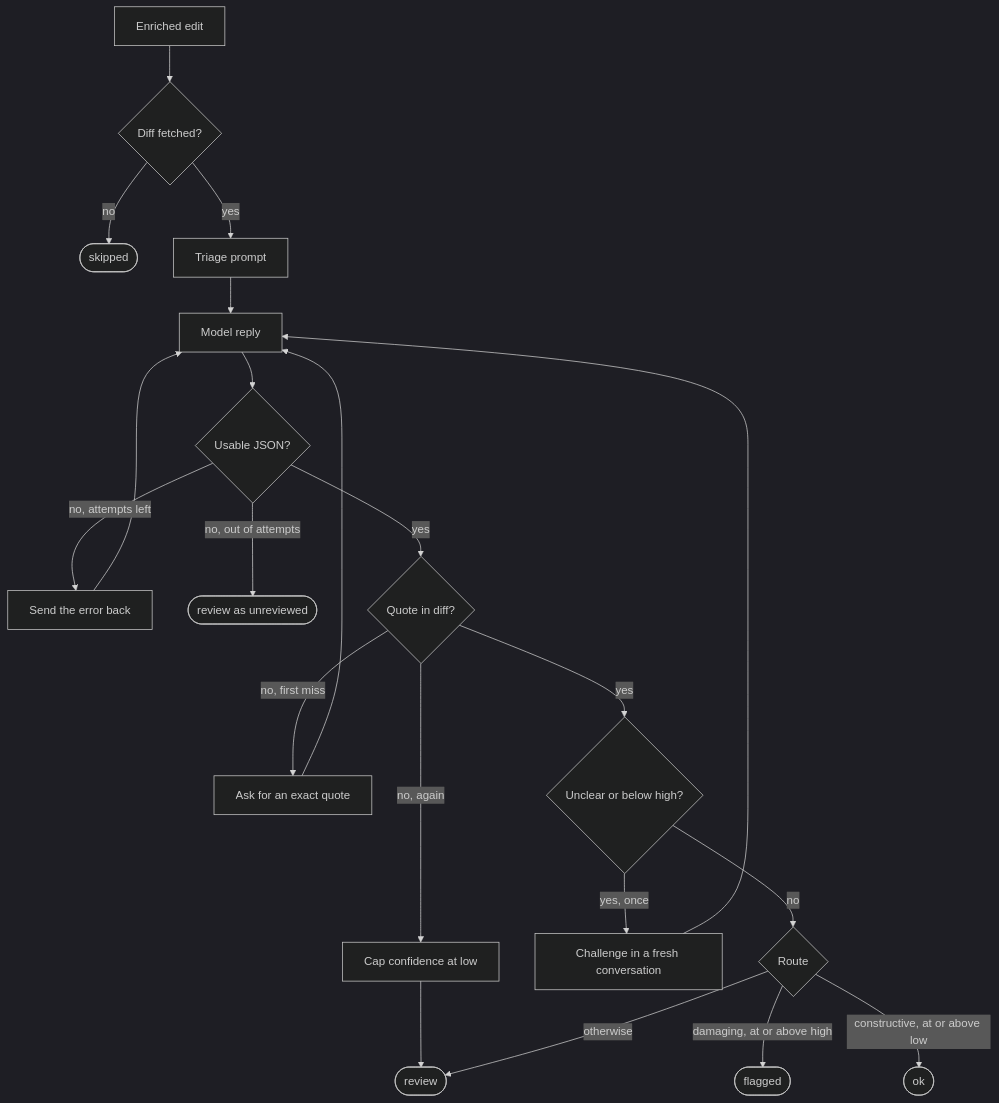
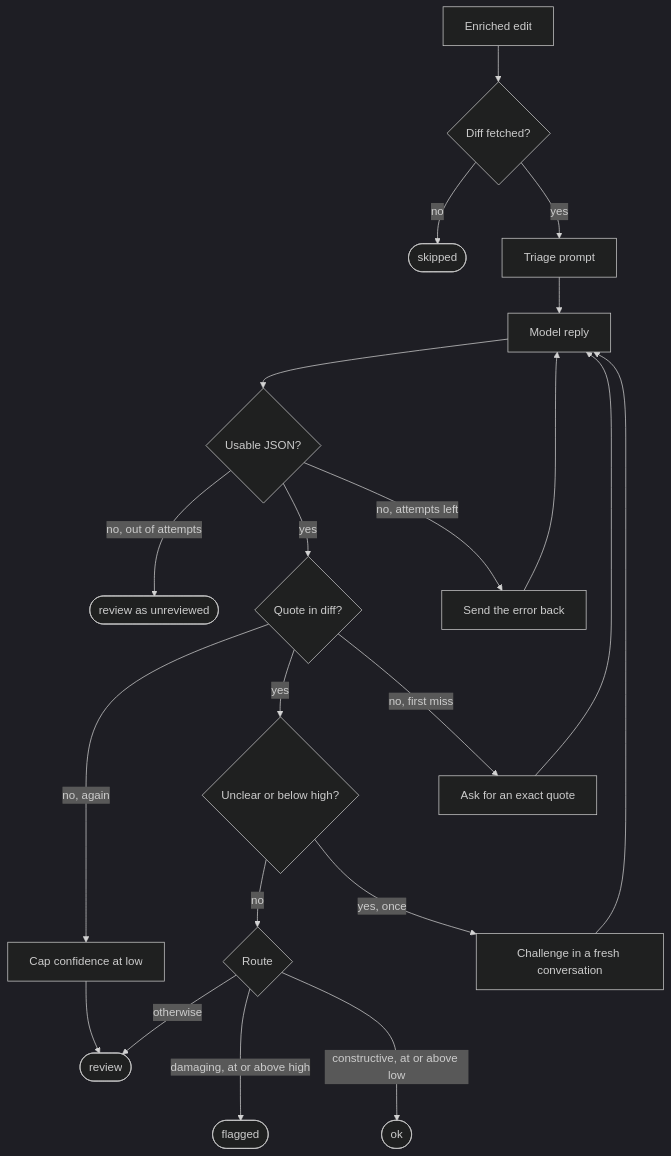
Before and after one commit to craigsloggett/redpanda-fde-build-exercise: the second of 2 diagrams in README.md, drawn with Mermaid (dark theme).

Commit message:
docs: Update README.md diagram to have no overlapping arrows

````diff
--- a/README.md
+++ b/README.md
@@ -48,23 +48,28 @@
 ```mermaid
 flowchart TD
+  %% Edge order per node drives the Dagre layout: outcome, main path, retry.
   edit[Enriched edit] --> gate{Diff fetched?}
   gate -- no --> skipped([skipped])
   gate -- yes --> triage[Triage prompt]
   triage --> reply[Model reply]
   reply --> parse{Usable JSON?}
+  parse -- "no, out of attempts" --> unusable([review as unreviewed])
+  parse -- yes --> ground{Quote in diff?}
   parse -- "no, attempts left" --> repair[Send the error back]
   repair --> reply
-  parse -- "no, out of attempts" --> unusable([review as unreviewed])
-  parse -- yes --> ground{Quote in diff?}
-  ground -- "no, first miss" --> requote[Ask for an exact quote]
-  requote --> reply
   ground -- "no, again" --> cap[Cap confidence at low]
   cap --> review([review])
   ground -- yes --> close{Unclear or below high?}
+  ground -- "no, first miss" --> requote[Ask for an exact quote]
+  requote --> reply
+  close -- no --> route{Route}
   close -- "yes, once" --> challenge[Challenge in a fresh conversation]
   challenge --> reply
-  close -- no --> route{Route}
-  route -- "damaging, at or above high" --> flagged([flagged])
-  route -- "constructive, at or above low" --> ok([ok])
   route -- otherwise --> review
+  %% Longer links keep these labels clear of the otherwise label.
+  route -- "damaging, at or above high" ---> flagged([flagged])
+  route -- "constructive, at or above low" ---> ok([ok])
+  %% Invisible links stack the retries in one column so the return arrows never cross.
+  repair ~~~ requote
+  requote ~~~ challenge
 ```
````
